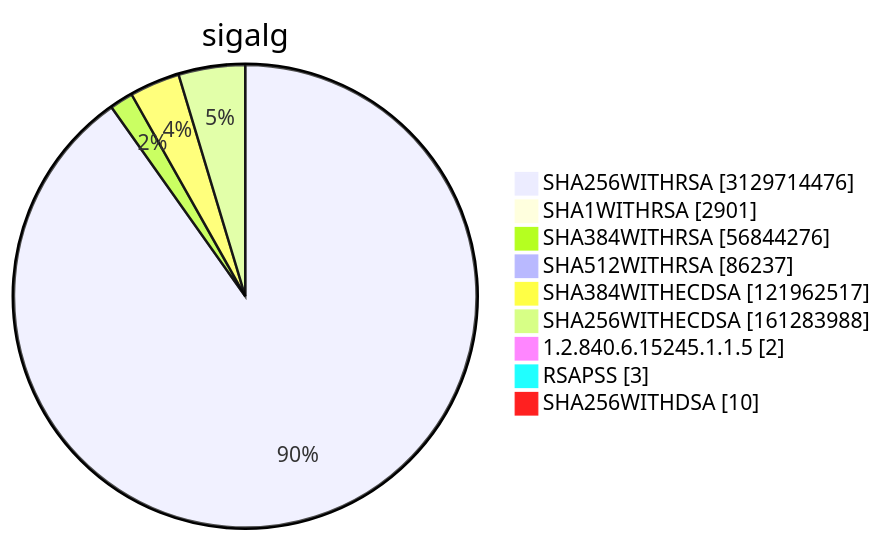
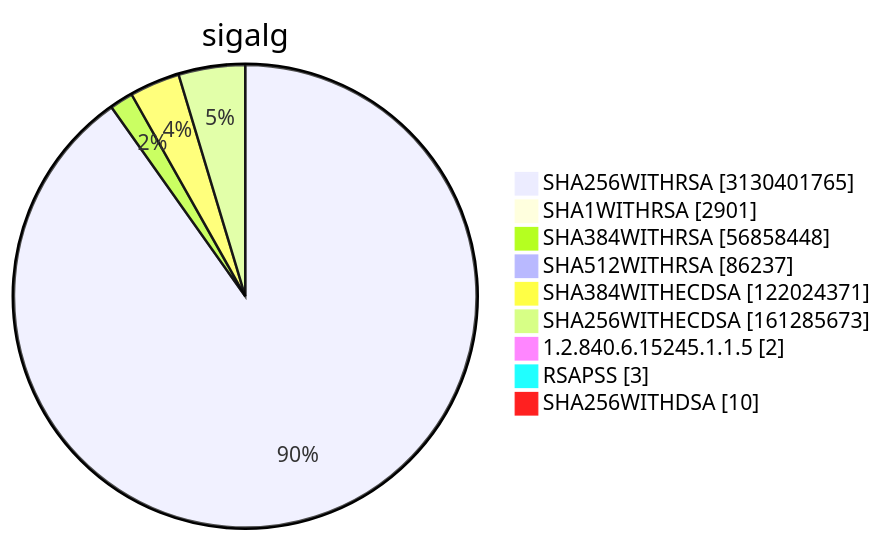
Diagram 15 of 15 in TOTAL/README.md (christiankrug/ctmonitor_visualization), drawn with Mermaid before and after one commit. The commit also changed other lines of this file, not shown here.

````diff
--- a/TOTAL/README.md
+++ b/TOTAL/README.md
@@ -6212,13 +6212,13 @@
 ```mermaid
 pie showData
 title sigalg
-"SHA256WITHRSA" :3129714476
+"SHA256WITHRSA" :3130401765
 "SHA1WITHRSA" :2901
-"SHA384WITHRSA" :56844276
+"SHA384WITHRSA" :56858448
 "SHA512WITHRSA" :86237
-"SHA384WITHECDSA" :121962517
-"SHA256WITHECDSA" :161283988
+"SHA384WITHECDSA" :122024371
+"SHA256WITHECDSA" :161285673
 "1.2.840.6.15245.1.1.5" :2
 "RSAPSS" :3
 "SHA256WITHDSA" :10
 ```
````
